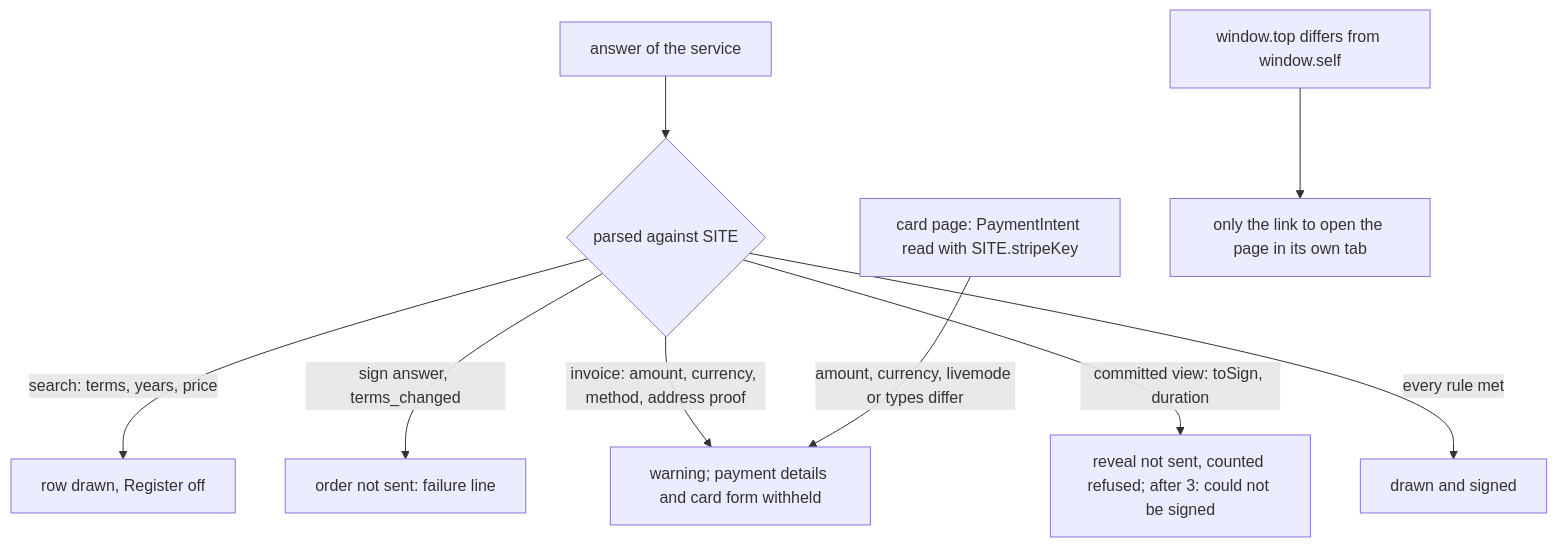
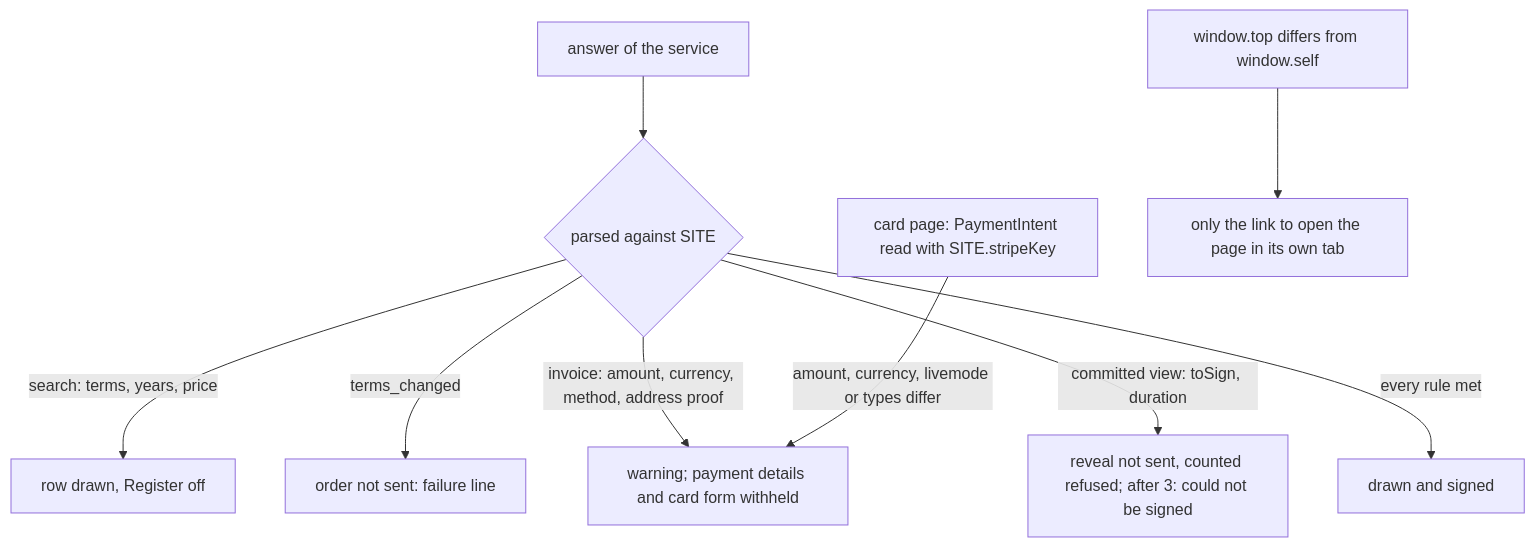
Before and after one commit to simplex-chat/simplex-chat: the third of 10 diagrams in plans/2026-11-25-names-hardening.md, drawn with Mermaid.

Commit message:
docs: the plan's outcome flow without the sign answer's refusal

````diff
--- a/plans/2026-11-25-names-hardening.md
+++ b/plans/2026-11-25-names-hardening.md
@@ -273,11 +273,11 @@
 ```mermaid
 flowchart TD
   A[answer of the service] --> P{parsed against SITE}
   P -->|search: terms, years, price| S[row drawn, Register off]
-  P -->|sign answer, terms_changed| C[order not sent: failure line]
+  P -->|terms_changed| C[order not sent: failure line]
   P -->|invoice: amount, currency, method, address proof| W[warning; payment details and card form withheld]
   P -->|committed view: toSign, duration| R[reveal not sent, counted refused; after 3: could not be signed]
   K[card page: PaymentIntent read with SITE.stripeKey] -->|amount, currency, livemode or types differ| W
   F[window.top differs from window.self] --> L[only the link to open the page in its own tab]
   P -->|every rule met| OK[drawn and signed]
 ```
````
